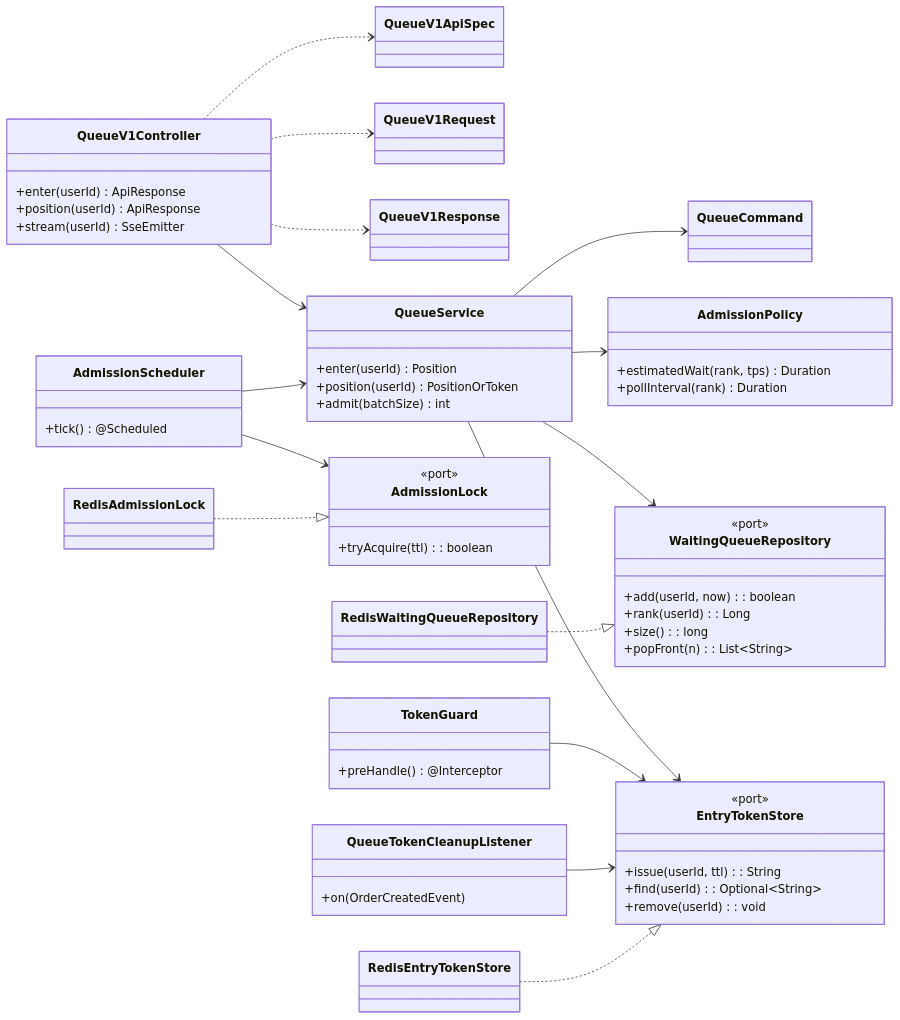
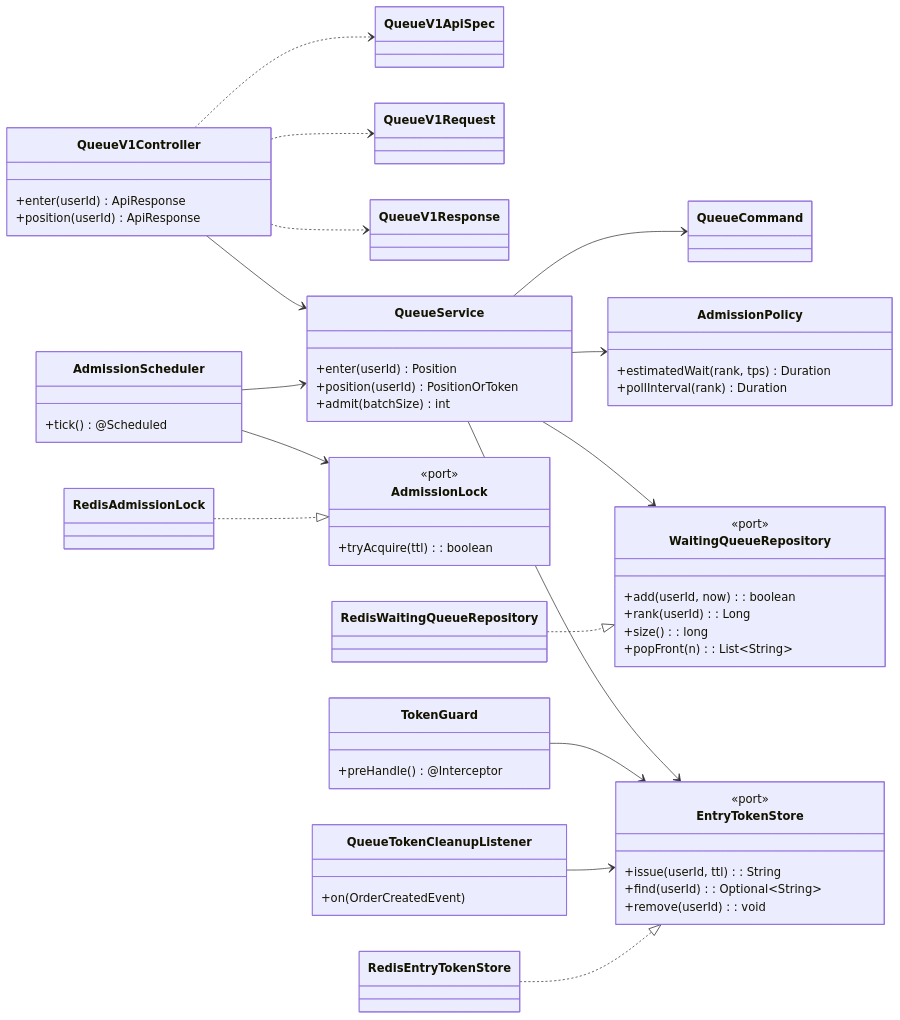
The diagram in docs/week8/03-class-diagram.md (loopers-labs/loop-pack-be-l2-vol4-java), drawn with Mermaid before and after one commit. The commit also changed other lines of this file and 4 other files, not shown here.

````diff
--- a/docs/week8/03-class-diagram.md
+++ b/docs/week8/03-class-diagram.md
@@ -5,72 +5,71 @@
 ```mermaid
 classDiagram
     direction LR
 
     class QueueV1Controller {
         +enter(userId) ApiResponse
         +position(userId) ApiResponse
-        +stream(userId) SseEmitter
     }
     class QueueV1ApiSpec
     class QueueV1Request
     class QueueV1Response
 
     class QueueService {
         +enter(userId) Position
         +position(userId) PositionOrToken
         +admit(batchSize) int
     }
     class QueueCommand
     class AdmissionPolicy {
         +estimatedWait(rank, tps) Duration
         +pollInterval(rank) Duration
     }
 
     class WaitingQueueRepository {
         <<port>>
         +add(userId, now) : boolean
         +rank(userId) : Long
         +size() : long
         +popFront(n) : List~String~
     }
     class EntryTokenStore {
         <<port>>
         +issue(userId, ttl) : String
         +find(userId) : Optional~String~
         +remove(userId) : void
     }
     class AdmissionLock {
         <<port>>
         +tryAcquire(ttl) : boolean
     }
 
     class RedisWaitingQueueRepository
     class RedisEntryTokenStore
     class RedisAdmissionLock
     class AdmissionScheduler {
         +tick() @Scheduled
     }
     class TokenGuard {
         +preHandle() @Interceptor
     }
     class QueueTokenCleanupListener {
         +on(OrderCreatedEvent)
     }
 
     QueueV1Controller ..> QueueV1ApiSpec
     QueueV1Controller ..> QueueV1Request
     QueueV1Controller ..> QueueV1Response
     QueueV1Controller --> QueueService
     QueueService --> QueueCommand
     QueueService --> AdmissionPolicy
     QueueService --> WaitingQueueRepository
     QueueService --> EntryTokenStore
     AdmissionScheduler --> AdmissionLock
     AdmissionScheduler --> QueueService
     TokenGuard --> EntryTokenStore
     QueueTokenCleanupListener --> EntryTokenStore
 
     RedisWaitingQueueRepository ..|> WaitingQueueRepository
     RedisEntryTokenStore ..|> EntryTokenStore
     RedisAdmissionLock ..|> AdmissionLock
 ```
````
